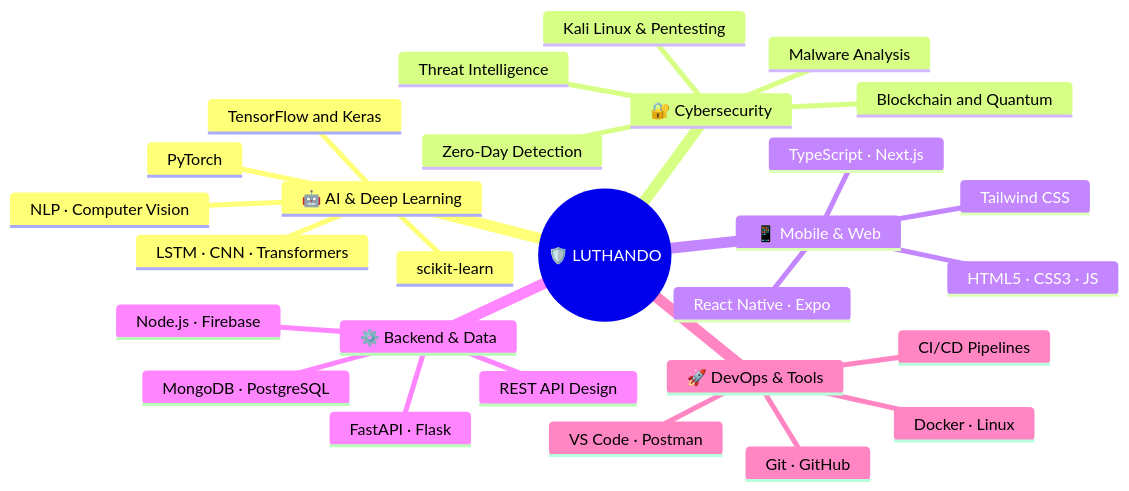
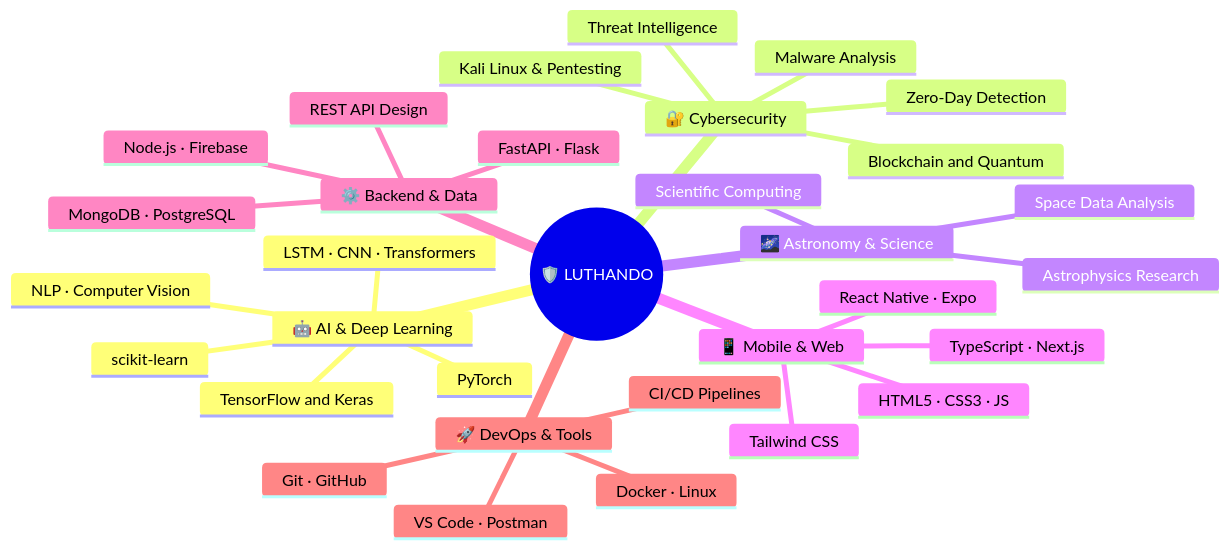
Before and after one commit to LuthandoCandlovu/LuthandoCandlovu: the eighth of 8 diagrams in README.md, drawn with Mermaid. The commit also changed other lines of this file, not shown here.

````diff
--- a/README.md
+++ b/README.md
@@ -1009,31 +1093,35 @@
 ```mermaid
 mindmap
   root((🛡️ LUTHANDO))
     🤖 AI & Deep Learning
       TensorFlow and Keras
       PyTorch
       scikit-learn
       LSTM · CNN · Transformers
       NLP · Computer Vision
     🔐 Cybersecurity
       Zero-Day Detection
       Threat Intelligence
       Kali Linux & Pentesting
       Malware Analysis
       Blockchain and Quantum
+    🌌 Astronomy & Science
+      Astrophysics Research
+      Space Data Analysis
+      Scientific Computing
     📱 Mobile & Web
       React Native · Expo
       TypeScript · Next.js
       Tailwind CSS
       HTML5 · CSS3 · JS
     ⚙️ Backend & Data
       FastAPI · Flask
       Node.js · Firebase
       MongoDB · PostgreSQL
       REST API Design
     🚀 DevOps & Tools
       Docker · Linux
       Git · GitHub
       CI/CD Pipelines
       VS Code · Postman
 ```
````
